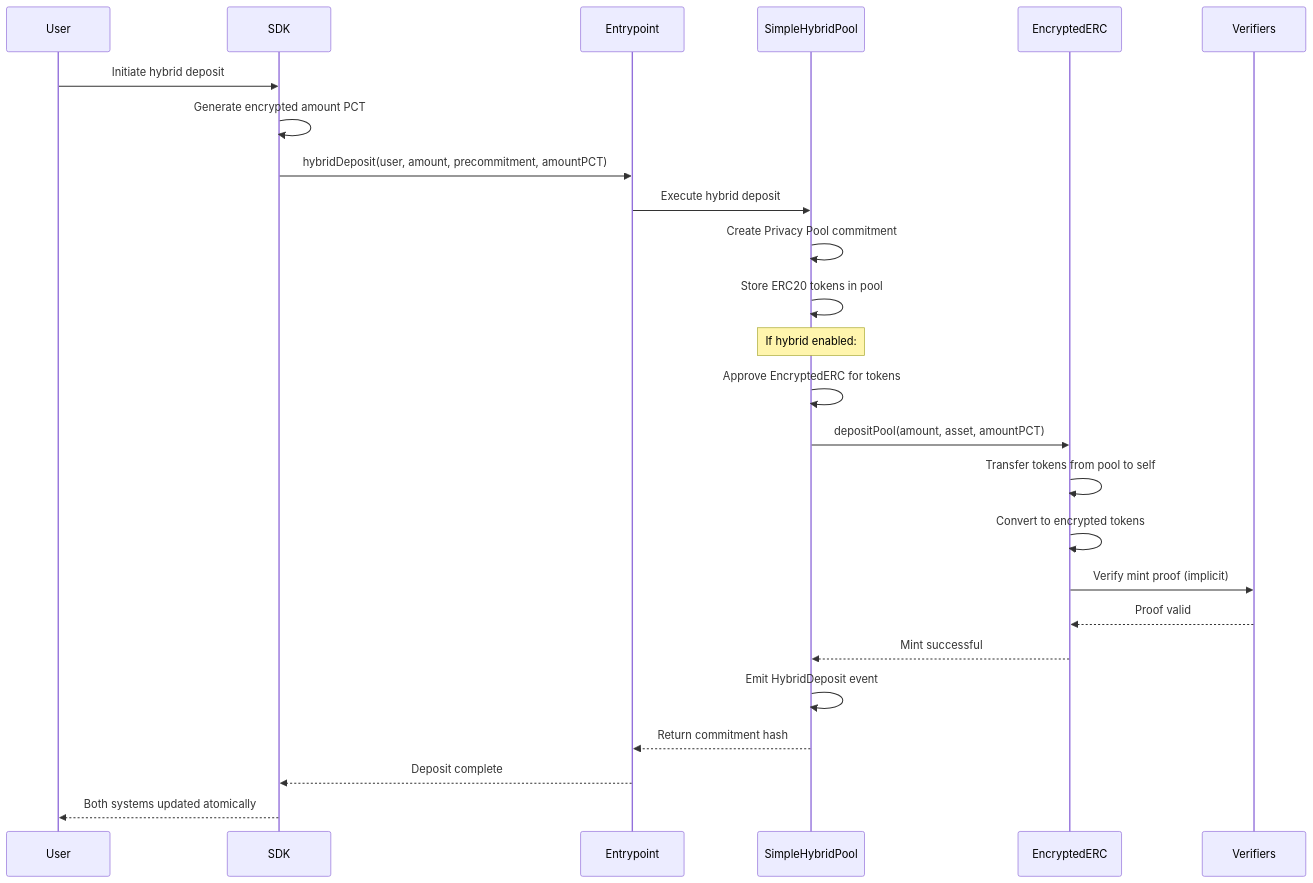
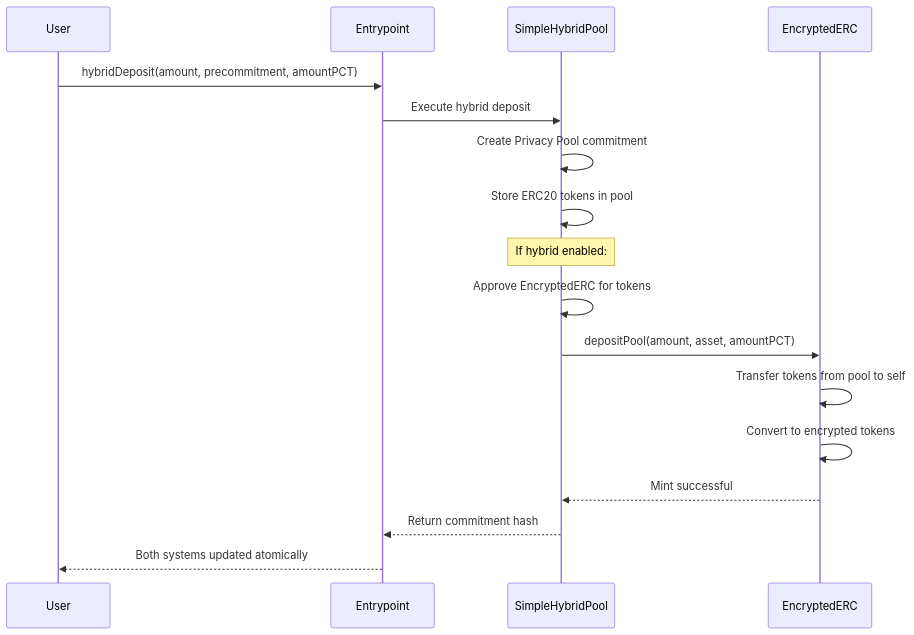
Before and after one commit to Lunaris-protocol/lunaris-private-pools: the third of 8 diagrams in README.md, drawn with Mermaid. The commit also changed other lines of this file, not shown here.

````diff
--- a/README.md
+++ b/README.md
@@ -133,28 +211,20 @@
 ```mermaid
 sequenceDiagram
     participant U as User
-    participant S as SDK
     participant E as Entrypoint
     participant HP as SimpleHybridPool
     participant EERC as EncryptedERC
-    participant V as Verifiers
 
-    U->>S: Initiate hybrid deposit
-    S->>S: Generate encrypted amount PCT
-    S->>E: hybridDeposit(user, amount, precommitment, amountPCT)
+    U->>E: hybridDeposit(amount, precommitment, amountPCT)
     E->>HP: Execute hybrid deposit
     HP->>HP: Create Privacy Pool commitment
     HP->>HP: Store ERC20 tokens in pool
     Note over HP: If hybrid enabled:
     HP->>HP: Approve EncryptedERC for tokens
     HP->>EERC: depositPool(amount, asset, amountPCT)
     EERC->>EERC: Transfer tokens from pool to self
     EERC->>EERC: Convert to encrypted tokens
-    EERC->>V: Verify mint proof (implicit)
-    V-->>EERC: Proof valid
     EERC-->>HP: Mint successful
-    HP->>HP: Emit HybridDeposit event
     HP-->>E: Return commitment hash
-    E-->>S: Deposit complete
-    S-->>U: Both systems updated atomically
+    E-->>U: Both systems updated atomically
 ```
````
